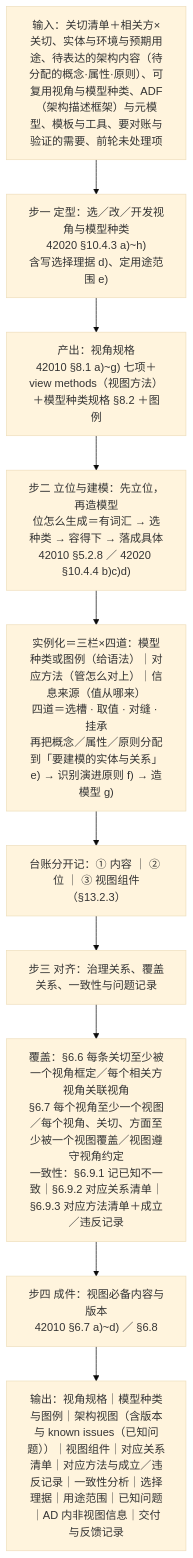
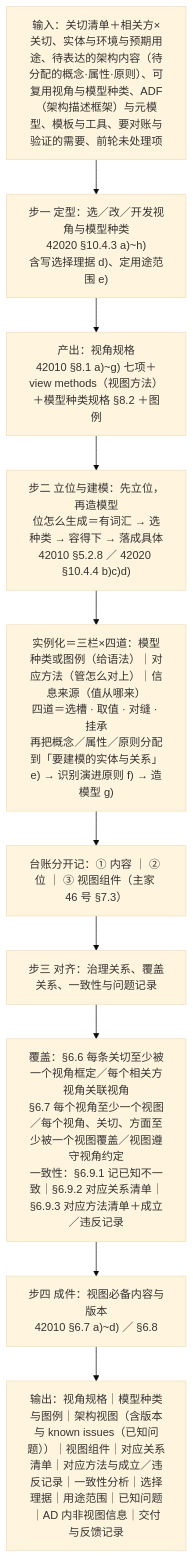
One commit to Yongjunzhou/business-Engineering changed the sixth of 9 diagrams in 10-系统工程研究/00-系统工程相关研究报告/35-架构定义与视图设计研究报告-从意义目的到产品数据与四案例.md. Above: the diagram before and after it, drawn with Mermaid (base theme). The commit also changed other lines of this file and 31 other files, not shown here.

````diff
--- a/10-系统工程研究/00-系统工程相关研究报告/35-架构定义与视图设计研究报告-从意义目的到产品数据与四案例.md
+++ b/10-系统工程研究/00-系统工程相关研究报告/35-架构定义与视图设计研究报告-从意义目的到产品数据与四案例.md
@@ -752,12 +869,12 @@
 ```mermaid
 flowchart TD
     I["输入：关切清单＋相关方×关切、实体与环境与预期用途、待表达的架构内容（待分配的概念·属性·原则）、可复用视角与模型种类、ADF（架构描述框架）与元模型、模板与工具、要对账与验证的需要、前轮未处理项"] --> S1
     S1["步一 定型：选／改／开发视角与模型种类<br/>42020 §10.4.3 a)~h)<br/>含写选择理据 d)、定用途范围 e)"] --> A1["产出：视角规格<br/>42010 §8.1 a)~g) 七项＋view methods（视图方法）<br/>＋模型种类规格 §8.2 ＋图例"]
     A1 --> S2["步二 立位与建模：先立位，再造模型<br/>位怎么生成＝有词汇 → 选种类 → 容得下 → 落成具体<br/>42010 §5.2.8 ／ 42020 §10.4.4 b)c)d)"]
     S2 --> A2["实例化＝三栏×四道：模型种类或图例（给语法）｜对应方法（管怎么对上）｜信息来源（值从哪来）<br/>四道＝选槽 · 取值 · 对缝 · 挂承<br/>再把概念／属性／原则分配到「要建模的实体与关系」e) → 识别演进原则 f) → 造模型 g)"]
-    A2 --> A2b["台账分开记：① 内容 ｜ ② 位 ｜ ③ 视图组件（§13.2.3）"]
+    A2 --> A2b["台账分开记：① 内容 ｜ ② 位 ｜ ③ 视图组件（主家 46 号 §7.3）"]
     A2b --> S3["步三 对齐：治理关系、覆盖关系、一致性与问题记录"]
     S3 --> A3["覆盖：§6.6 每条关切至少被一个视角框定／每个相关方视角关联视角<br/>§6.7 每个视角至少一个视图／每个视角、关切、方面至少被一个视图覆盖／视图遵守视角约定<br/>一致性：§6.9.1 记已知不一致｜§6.9.2 对应关系清单｜§6.9.3 对应方法清单＋成立／违反记录"]
     A3 --> S4["步四 成件：视图必备内容与版本<br/>42010 §6.7 a)~d) ／ §6.8"]
     S4 --> O["输出：视角规格｜模型种类与图例｜架构视图（含版本与 known issues（已知问题））｜视图组件｜对应关系清单｜对应方法与成立／违反记录｜一致性分析｜选择理据｜用途范围｜已知问题｜AD 内非视图信息｜交付与反馈记录"]
 ```
````
